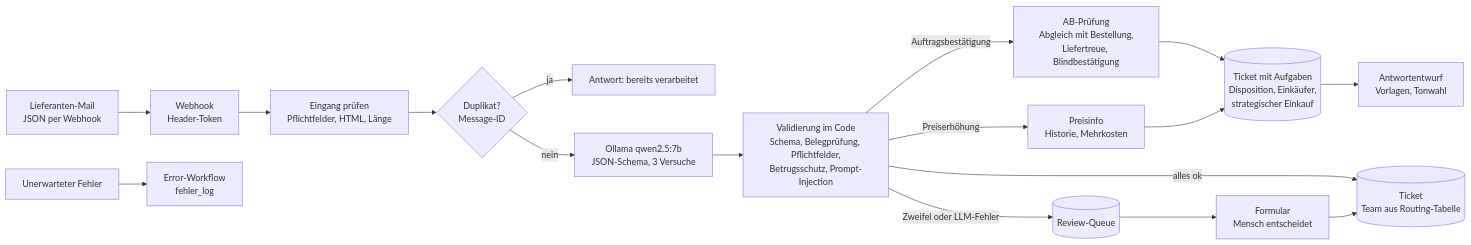
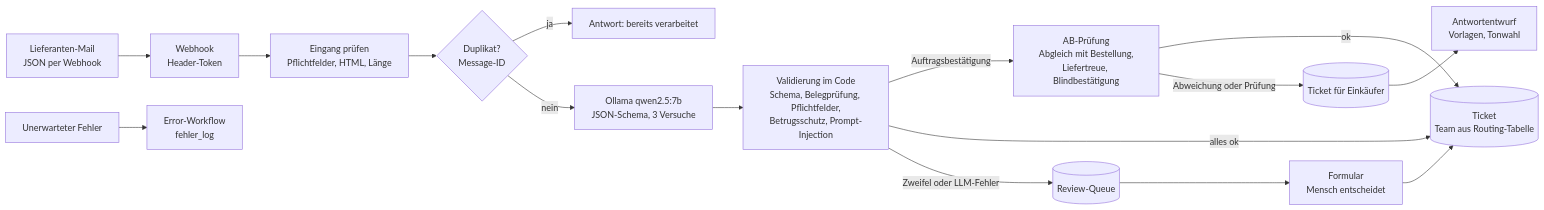
Before and after one commit to MaxXSammy/n8n-supplier-mail-triage: the diagram in README.md, drawn with Mermaid. The commit also changed other lines of this file and 49 other files, not shown here.

````diff
--- a/README.md
+++ b/README.md
@@ -130,19 +69,18 @@
 ```mermaid
 flowchart LR
     M[Lieferanten-Mail<br/>JSON per Webhook] --> W[Webhook<br/>Header-Token]
     W --> E[Eingang prüfen<br/>Pflichtfelder, HTML, Länge]
     E --> D{Duplikat?<br/>Message-ID}
     D -- ja --> R1[Antwort: bereits verarbeitet]
     D -- nein --> L[Ollama qwen2.5:7b<br/>JSON-Schema, 3 Versuche]
     L --> V[Validierung im Code<br/>Schema, Belegprüfung, Pflichtfelder,<br/>Betrugsschutz, Prompt-Injection]
     V -- Auftragsbestätigung --> AB[AB-Prüfung<br/>Abgleich mit Bestellung,<br/>Liefertreue, Blindbestätigung]
-    V -- Preiserhöhung --> PE[Preisinfo<br/>Historie, Mehrkosten]
-    AB --> A[(Ticket mit Aufgaben<br/>Disposition, Einkäufer,<br/>strategischer Einkauf)]
-    PE --> A
-    A --> AE[Antwortentwurf<br/>Vorlagen, Tonwahl]
+    AB -- ok --> T
+    AB -- Abweichung oder Prüfung --> EK[(Ticket für Einkäufer)]
+    EK --> AE[Antwortentwurf<br/>Vorlagen, Tonwahl]
     V -- alles ok --> T[(Ticket<br/>Team aus Routing-Tabelle)]
     V -- Zweifel oder LLM-Fehler --> Q[(Review-Queue)]
     Q --> F[Formular<br/>Mensch entscheidet]
     F --> T
     X[Unerwarteter Fehler] --> EW[Error-Workflow<br/>fehler_log]
 ```
````
